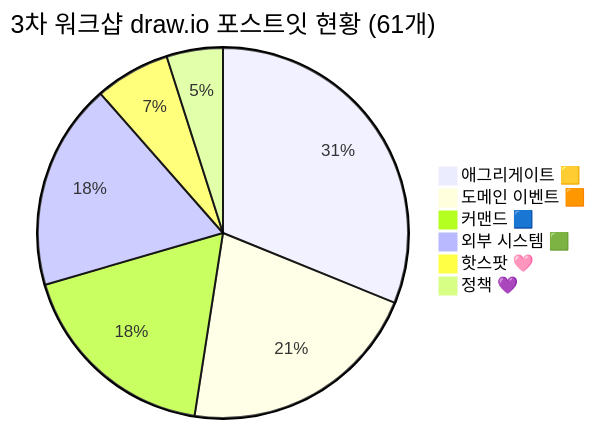
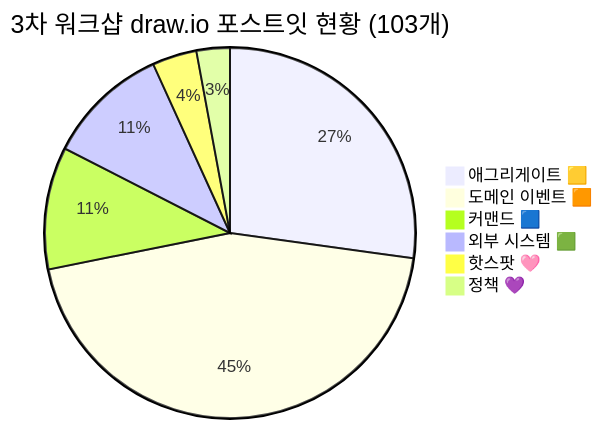
Before and after one commit to yeochul-jeon/msa_prj: the first of 10 diagrams in 이벤트스토밍_주문서비스팀_3차워크샵검토.md, drawn with Mermaid. The commit also changed other lines of this file and 91 other files, not shown here.

````diff
--- a/이벤트스토밍_주문서비스팀_3차워크샵검토.md
+++ b/이벤트스토밍_주문서비스팀_3차워크샵검토.md
@@ -74,9 +100,9 @@
 ```mermaid
-pie title 3차 워크샵 draw.io 포스트잇 현황 (61개)
-    "애그리게이트 🟨" : 19
-    "도메인 이벤트 🟧" : 13
+pie title 3차 워크샵 draw.io 포스트잇 현황 (103개)
+    "애그리게이트 🟨" : 28
+    "도메인 이벤트 🟧" : 46
     "커맨드 🟦" : 11
     "외부 시스템 🟩" : 11
     "핫스팟 🩷" : 4
     "정책 💜" : 3
 ```
````
